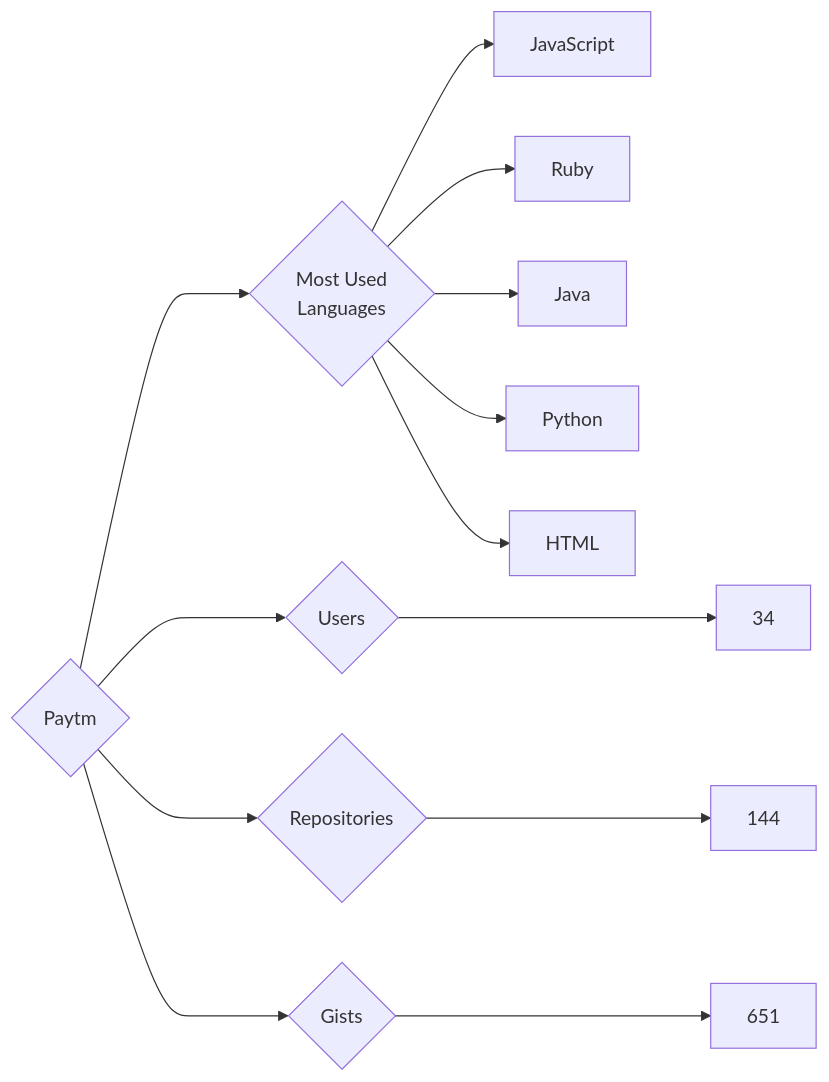
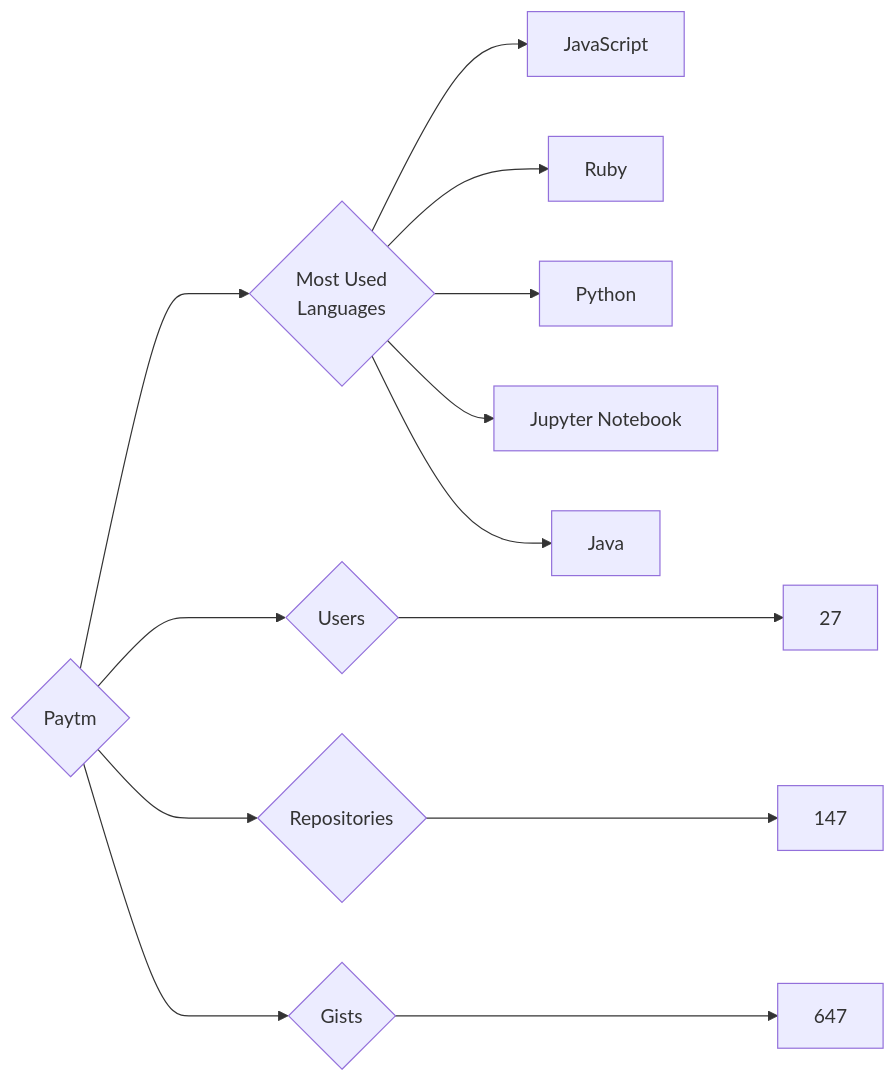
The diagram in targets/Paytm/README.md (trickest/insiders), drawn with Mermaid before and after one commit. The commit also changed 964 other files, not shown here.

````diff
--- a/targets/Paytm/README.md
+++ b/targets/Paytm/README.md
@@ -3,13 +3,13 @@
 ```mermaid
 graph LR
 COMPANY_NAME{Paytm}
-COMPANY_NAME ---> U{Users} ---> UN[34]
-COMPANY_NAME ---> R{Repositories} ---> RN[144]
-COMPANY_NAME ---> G{Gists} ---> GN[651]
+COMPANY_NAME ---> U{Users} ---> UN[27]
+COMPANY_NAME ---> R{Repositories} ---> RN[147]
+COMPANY_NAME ---> G{Gists} ---> GN[647]
 COMPANY_NAME ---> ML{Most Used<br>Languages}
 ML --> JavaScript[JavaScript]
 ML --> Ruby[Ruby]
+ML --> Python[Python]
+ML --> Jupyter_Notebook[Jupyter Notebook]
 ML --> Java[Java]
-ML --> Python[Python]
-ML --> HTML[HTML]
 ```
````
